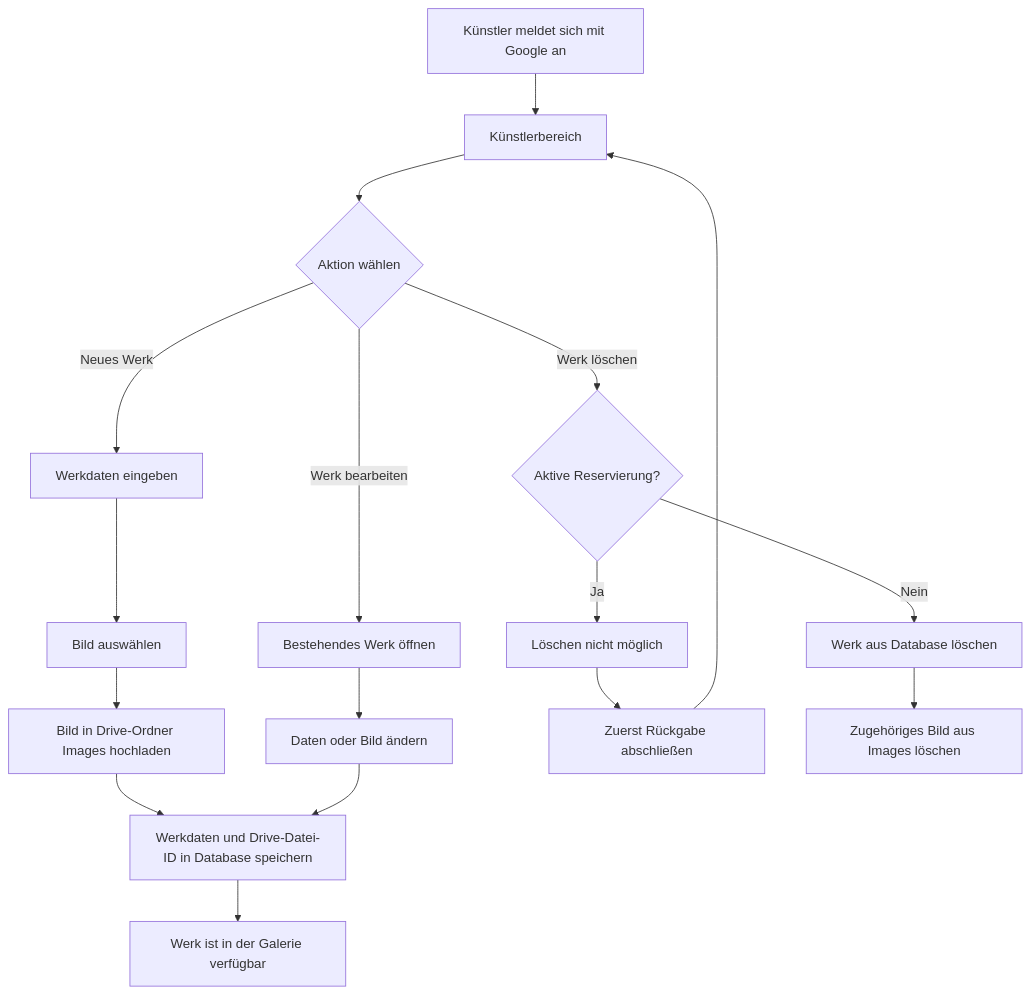
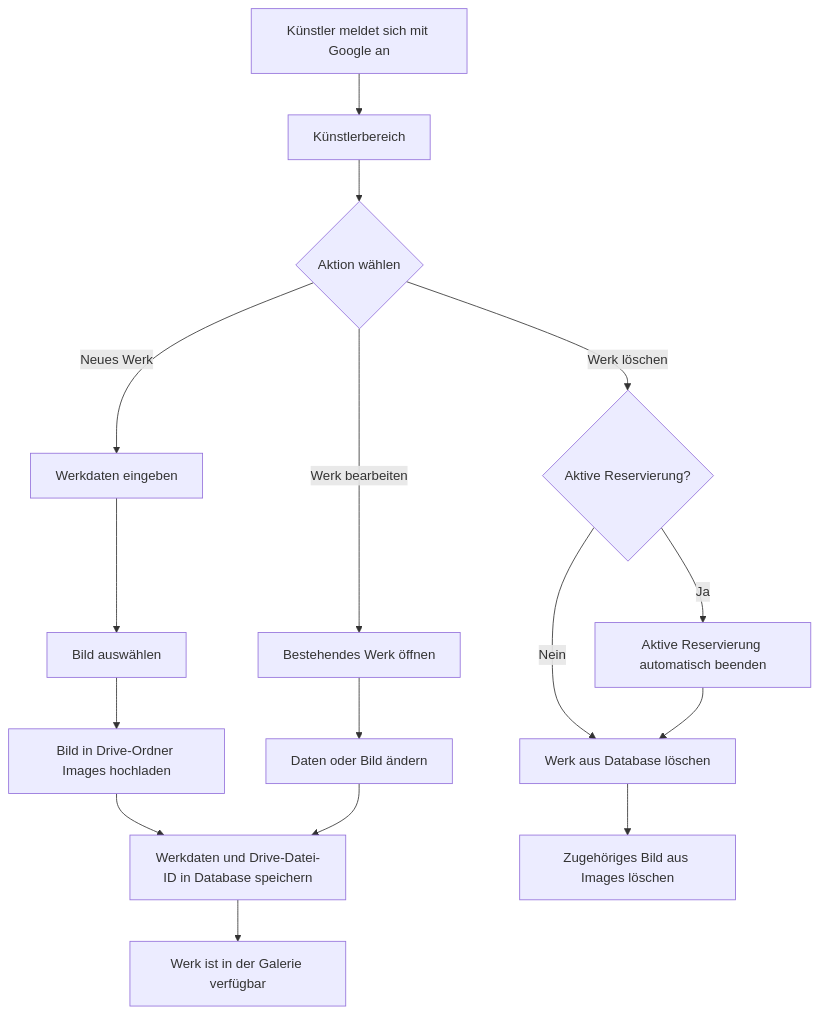
Before and after one commit to weidmanngabriel/rentart-app-chrissie: the diagram in docs/use-cases/artwork-management.md, drawn with Mermaid. The commit also changed other lines of this file and 2 other files, not shown here.

Commit message:
docs: allow deleting reserved artworks
Allow artists to delete reserved artworks directly. Active reservations are automatically ended as part of the deletion flow, and the Mermaid use cases plus concept documentation now reflect that behavior.

````diff
--- a/docs/use-cases/artwork-management.md
+++ b/docs/use-cases/artwork-management.md
@@ -5,22 +5,21 @@
 ```mermaid
 flowchart TD
     A[Künstler meldet sich mit Google an] --> B[Künstlerbereich]
     B --> C{Aktion wählen}
 
     C -->|Neues Werk| D[Werkdaten eingeben]
     D --> E[Bild auswählen]
     E --> F[Bild in Drive-Ordner Images hochladen]
     F --> G[Werkdaten und Drive-Datei-ID in Database speichern]
     G --> H[Werk ist in der Galerie verfügbar]
 
     C -->|Werk bearbeiten| I[Bestehendes Werk öffnen]
     I --> J[Daten oder Bild ändern]
     J --> G
 
     C -->|Werk löschen| K{Aktive Reservierung?}
-    K -->|Ja| L[Löschen nicht möglich]
-    L --> M[Zuerst Rückgabe abschließen]
-    M --> B
     K -->|Nein| N[Werk aus Database löschen]
+    K -->|Ja| L[Aktive Reservierung automatisch beenden]
+    L --> N
     N --> O[Zugehöriges Bild aus Images löschen]
 ```
````
